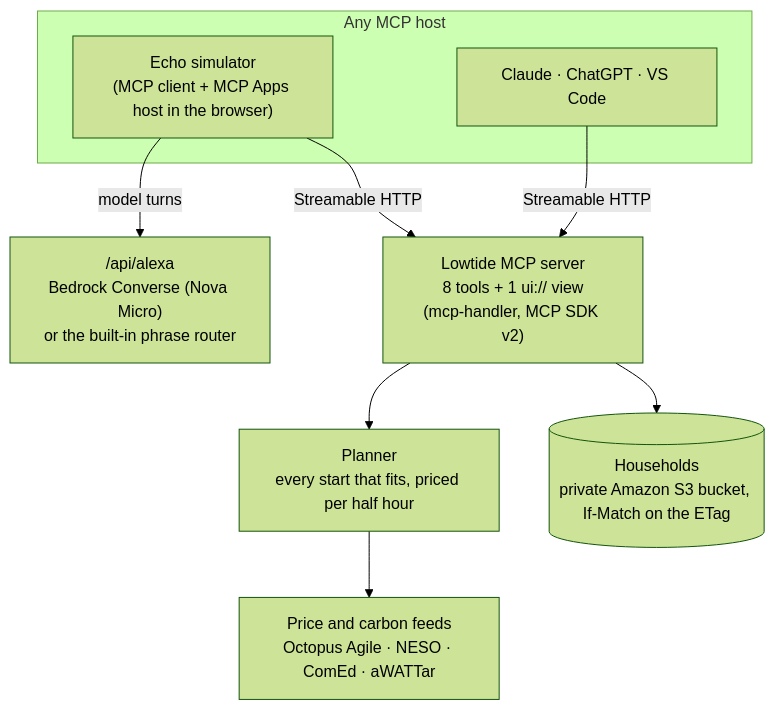
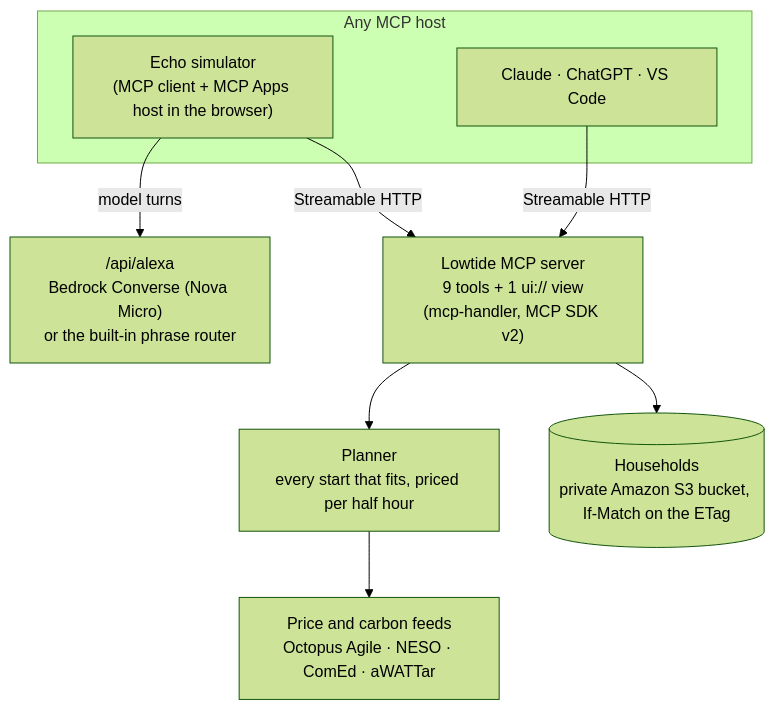
One commit to RohanGlitched/lowtide changed the second of 3 diagrams in README.md. Above: the diagram before and after it, drawn with Mermaid (forest theme). The commit also changed other lines of this file and 1 other file, not shown here.

````diff
--- a/README.md
+++ b/README.md
@@ -100,13 +102,13 @@
 ```mermaid
 flowchart TB
     subgraph Hosts["Any MCP host"]
         ECHO["Echo simulator<br/>(MCP client + MCP Apps host in the browser)"]
         CLAUDE["Claude · ChatGPT · VS Code"]
     end
     ECHO -- "model turns" --> ALEXA["/api/alexa<br/>Bedrock Converse (Nova Micro)<br/>or the built-in phrase router"]
     ECHO -- "Streamable HTTP" --> MCP
     CLAUDE -- "Streamable HTTP" --> MCP
-    MCP["Lowtide MCP server<br/>8 tools + 1 ui:// view<br/>(mcp-handler, MCP SDK v2)"] --> PLAN["Planner<br/>every start that fits, priced per half hour"]
+    MCP["Lowtide MCP server<br/>9 tools + 1 ui:// view<br/>(mcp-handler, MCP SDK v2)"] --> PLAN["Planner<br/>every start that fits, priced per half hour"]
     PLAN --> FEEDS["Price and carbon feeds<br/>Octopus Agile · NESO · ComEd · aWATTar"]
     MCP --> STORE[("Households<br/>private Amazon S3 bucket, If-Match on the ETag")]
 ```
````
